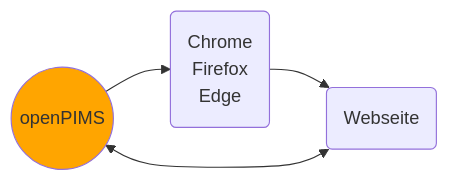
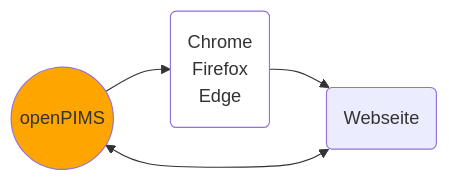
Before and after one commit to openpims/openpims: the first of 3 diagrams in README.md, drawn with Mermaid.

````diff
--- a/README.md
+++ b/README.md
@@ -7,7 +7,8 @@
 ```mermaid
   graph LR;
       A((openPIMS)) --> B(Chrome<br>Firefox<br>Edge);
       B --> C(Webseite);
       C <--> A;
       style A fill:orange
+      style B fill:white
 ```
````
